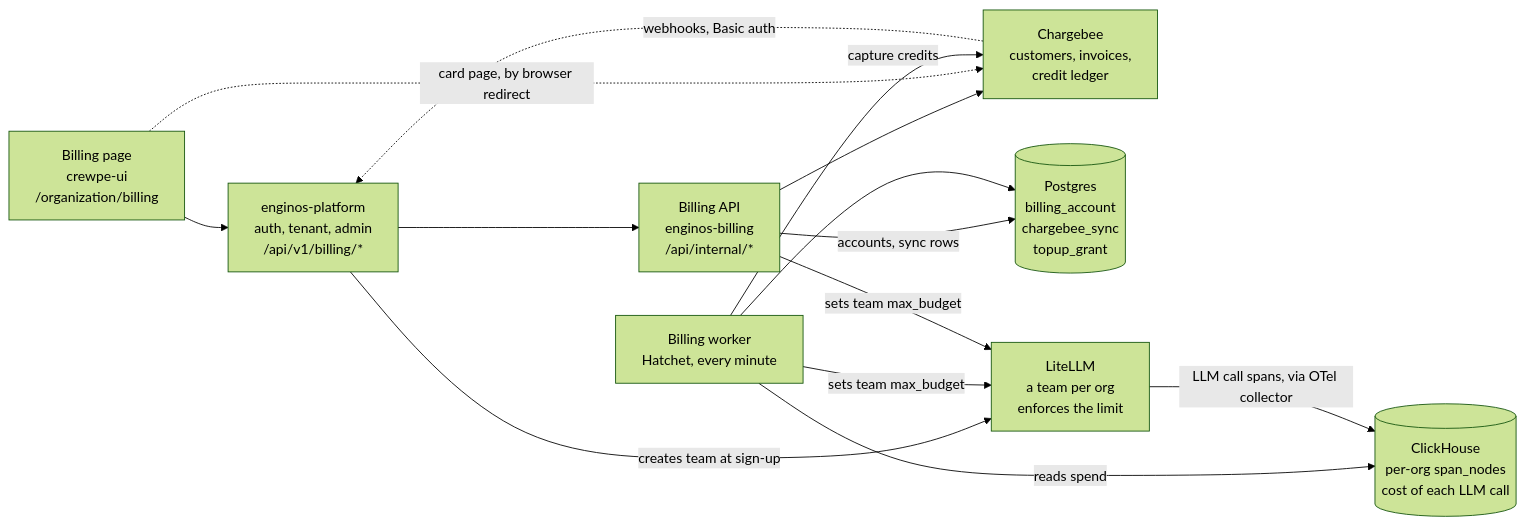
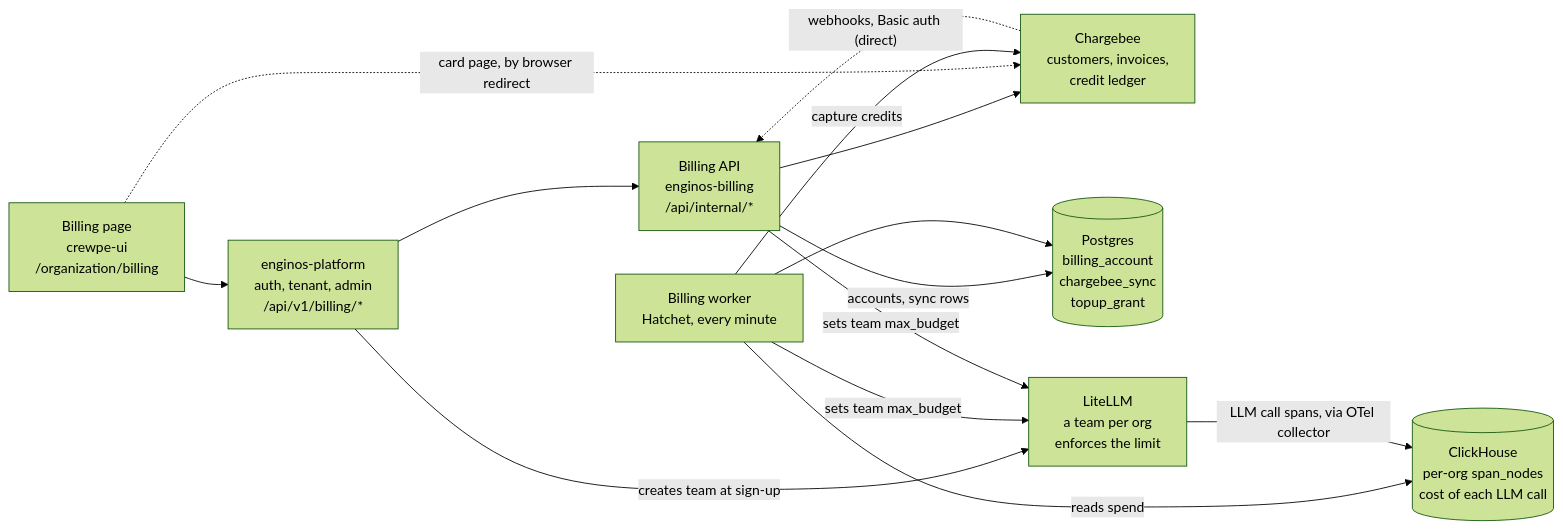
Before and after one commit to EnWithAI/enginos-billing: the diagram in docs/BILLING-USER-FLOWS.md, drawn with Mermaid (forest theme). The commit also changed other lines of this file and 50 other files, not shown here.

````diff
--- a/docs/BILLING-USER-FLOWS.md
+++ b/docs/BILLING-USER-FLOWS.md
@@ -304,23 +309,23 @@
 ```mermaid
 flowchart LR
     page["Billing page<br/>crewpe-ui<br/>/organization/billing"]
     platform["enginos-platform<br/>auth, tenant, admin<br/>/api/v1/billing/*"]
     api["Billing API<br/>enginos-billing<br/>/api/internal/*"]
     cb["Chargebee<br/>customers, invoices,<br/>credit ledger"]
     worker["Billing worker<br/>Hatchet, every minute"]
     pg[("Postgres<br/>billing_account<br/>chargebee_sync<br/>topup_grant")]
     litellm["LiteLLM<br/>a team per org<br/>enforces the limit"]
     ch[("ClickHouse<br/>per-org span_nodes<br/>cost of each LLM call")]
 
     page --> platform --> api --> cb
     page -. "card page, by browser redirect" .-> cb
-    cb -. "webhooks, Basic auth" .-> platform
+    cb -. "webhooks, Basic auth (direct)" .-> api
     platform -- "creates team at sign-up" --> litellm
     api -- "accounts, sync rows" --> pg
     worker --> pg
     worker -- "reads spend" --> ch
     worker -- "capture credits" --> cb
     worker -- "sets team max_budget" --> litellm
     api -- "sets team max_budget" --> litellm
     litellm -- "LLM call spans, via OTel collector" --> ch
 ```
````
